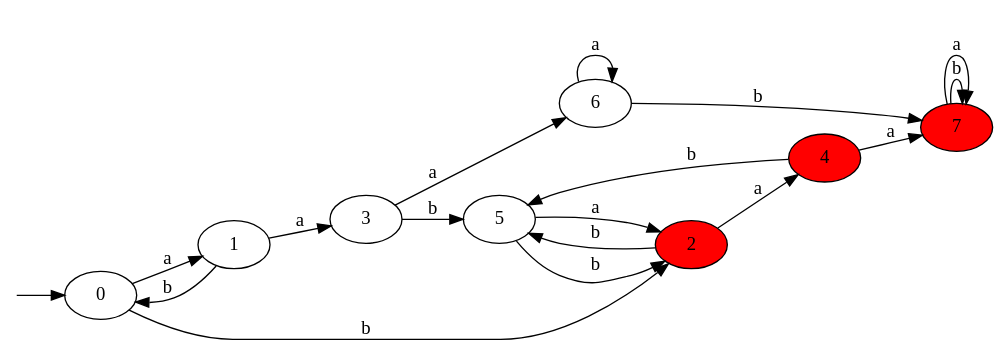
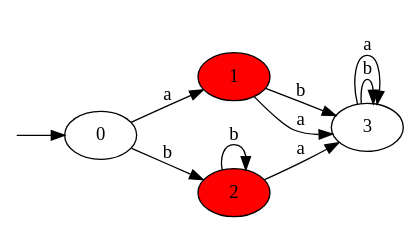
The diagram in graph/automaton_2.dot (Nerfiti/MIPT_FORMAL_AUTOMATON_ALGORITHMS), drawn with Graphviz before and after one commit. The commit also changed 18 other files, not shown here.

```diff
--- a/graph/automaton_2.dot
+++ b/graph/automaton_2.dot
@@ -1,30 +1,18 @@
 digraph {
 rankdir=LR
 fictitious [shape=point, label="", width=0, height=0]
 
 fictitious -> 0
 0
-1
+1 [fillcolor=red, style=filled]
 2 [fillcolor=red, style=filled]
 3
-4 [fillcolor=red, style=filled]
-5
-6
-7 [fillcolor=red, style=filled]
 0 -> 2 [label=b]
-2 -> 5 [label=b]
-5 -> 2 [label=b]
-5 -> 2 [label=a]
-2 -> 4 [label=a]
-4 -> 5 [label=b]
-4 -> 7 [label=a]
-7 -> 7 [label=b]
-7 -> 7 [label=a]
 0 -> 1 [label=a]
-1 -> 0 [label=b]
+1 -> 3 [label=b]
 1 -> 3 [label=a]
-3 -> 5 [label=b]
-3 -> 6 [label=a]
-6 -> 7 [label=b]
-6 -> 6 [label=a]
+2 -> 2 [label=b]
+2 -> 3 [label=a]
+3 -> 3 [label=b]
+3 -> 3 [label=a]
 }
```
